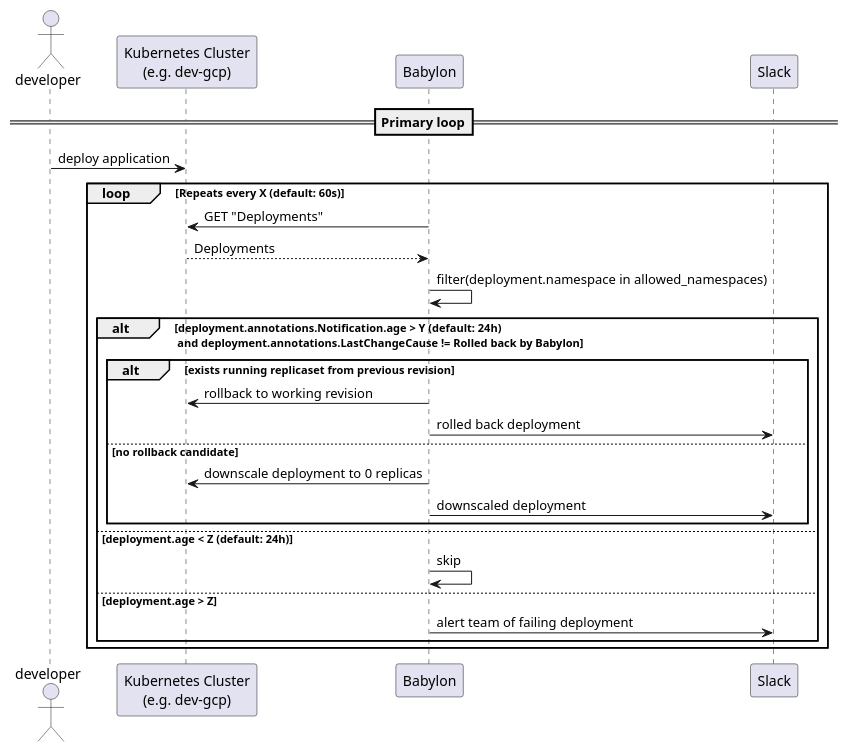
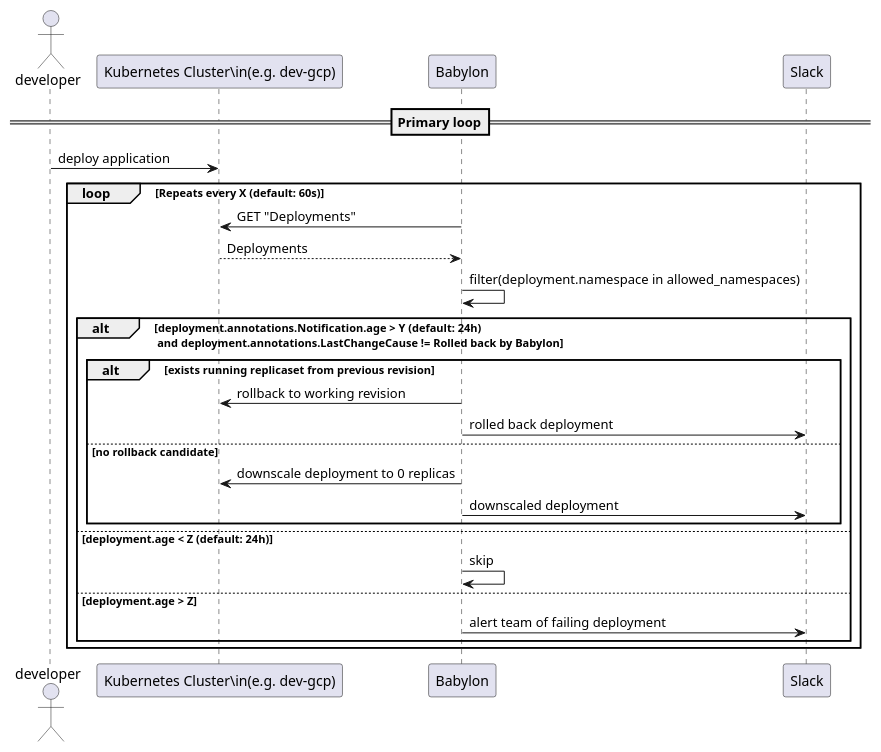
The diagram in docs/flow.puml (nais/babylon), drawn with PlantUML before and after one commit. The commit also changed 3 other files, not shown here.

Commit message:
[ci skip] add diagram-generation to makefile

```diff
--- a/docs/flow.puml
+++ b/docs/flow.puml
@@ -1,37 +1,37 @@
 @startuml babylon-flow 
 actor developer as developer
-participant k8s as "Kubernetes Cluster\n(e.g. dev-gcp)"
+participant k8s as "Kubernetes Cluster\in(e.g. dev-gcp)"
 participant babylon as "Babylon"
 participant alertmanager as "Slack"
 ==Primary loop==
 developer -> k8s: deploy application 
 loop Repeats every X (default: 60s)
 babylon -> k8s: GET "Deployments"
 return Deployments
 babylon -> babylon: filter(deployment.namespace in allowed_namespaces)
 
 alt deployment.annotations.Notification.age > Y (default: 24h) \n and deployment.annotations.LastChangeCause != Rolled back by Babylon
 
     alt exists running replicaset from previous revision
         
         babylon -> k8s: rollback to working revision
         babylon -> alertmanager: rolled back deployment
 
     else no rollback candidate
 
         babylon -> k8s: downscale deployment to 0 replicas
         babylon -> alertmanager: downscaled deployment
 
     end
 
 else deployment.age < Z (default: 24h)
     
     babylon -> babylon: skip
 
 else deployment.age > Z
 
     babylon -> alertmanager: alert team of failing deployment
 end
 
 end
 @enduml
```
